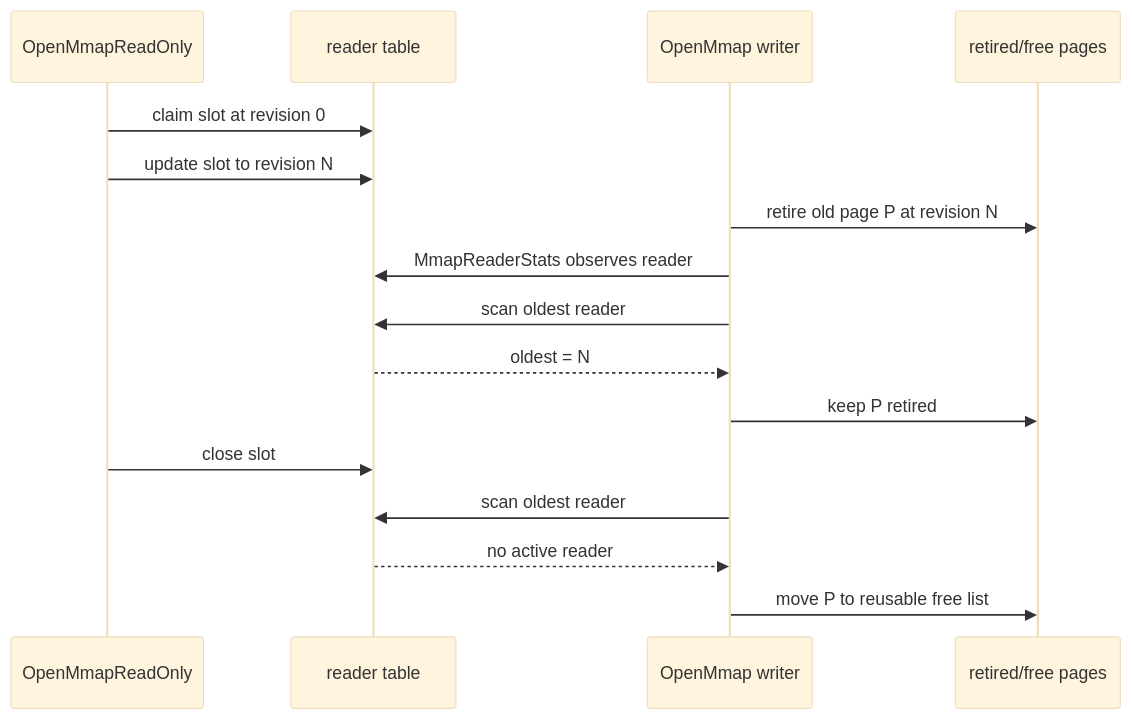
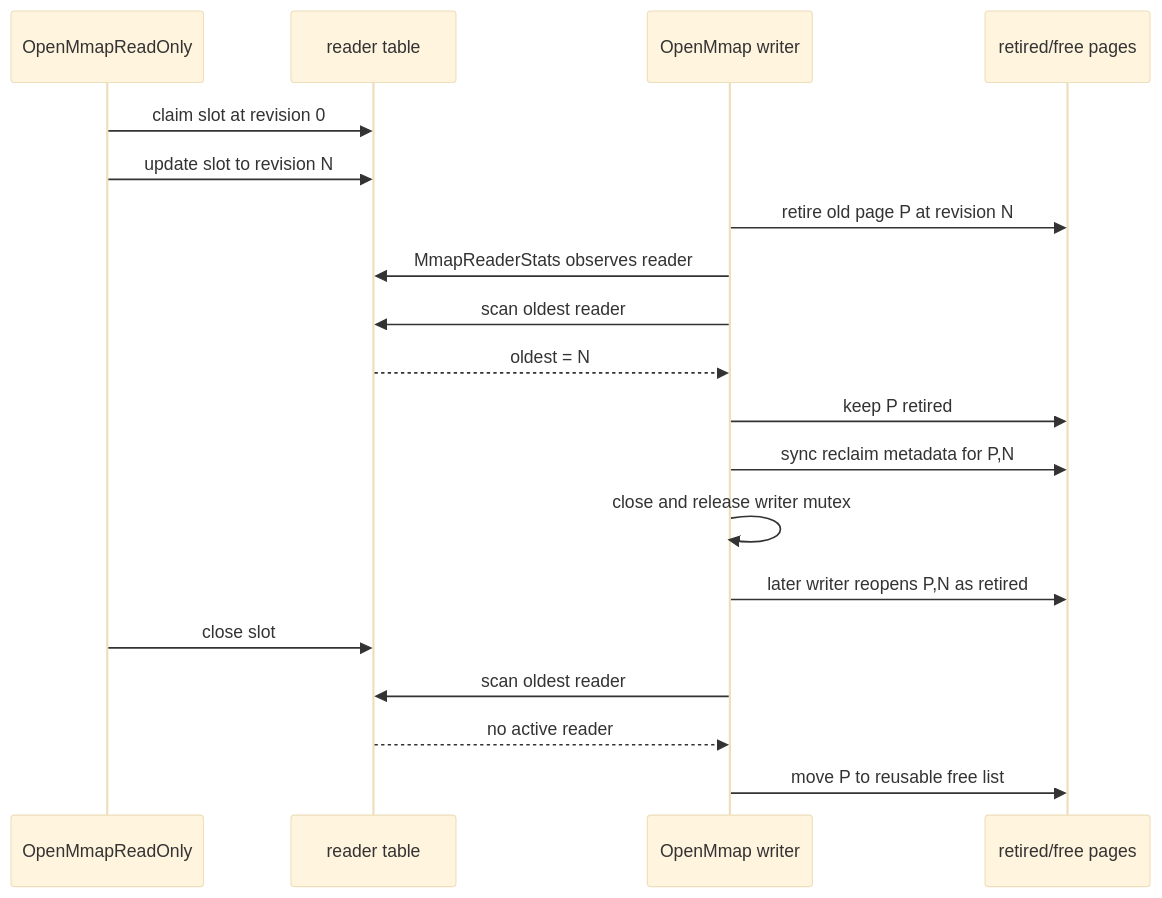
The second of 3 diagrams in docs/09-openldap-opendj-research.md (hadamrd/cow-btree-course), drawn with Mermaid (base theme) before and after one commit. The commit also changed other lines of this file and 9 other files, not shown here.

````diff
--- a/docs/09-openldap-opendj-research.md
+++ b/docs/09-openldap-opendj-research.md
@@ -68,19 +69,22 @@
 ```mermaid
 sequenceDiagram
     participant Reader as OpenMmapReadOnly
     participant Table as reader table
     participant Writer as OpenMmap writer
     participant Free as retired/free pages
 
     Reader->>Table: claim slot at revision 0
     Reader->>Table: update slot to revision N
     Writer->>Free: retire old page P at revision N
     Writer->>Table: MmapReaderStats observes reader
     Writer->>Table: scan oldest reader
     Table-->>Writer: oldest = N
     Writer->>Free: keep P retired
+    Writer->>Free: sync reclaim metadata for P,N
+    Writer->>Writer: close and release writer mutex
+    Writer->>Free: later writer reopens P,N as retired
     Reader->>Table: close slot
     Writer->>Table: scan oldest reader
     Table-->>Writer: no active reader
     Writer->>Free: move P to reusable free list
 ```
````
